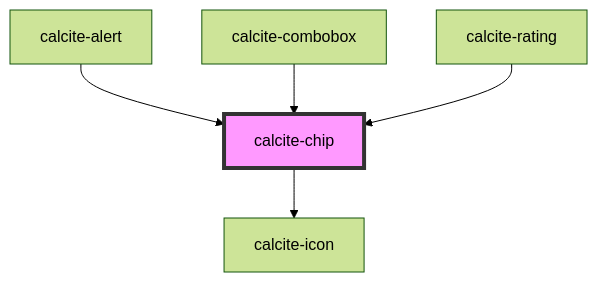
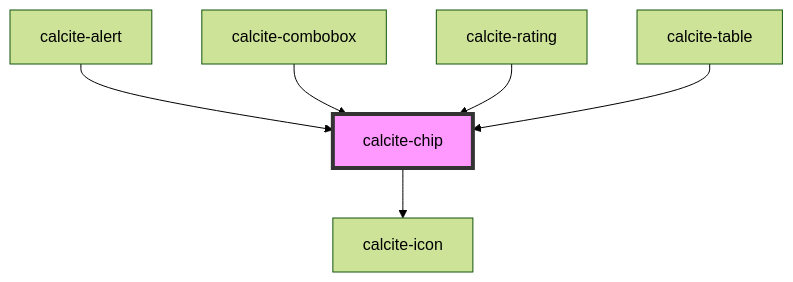
One commit to vikivakarvc/calcite-design-system changed the diagram in packages/calcite-components/src/components/chip/readme.md. Above: the diagram before and after it, drawn with Mermaid (forest theme). The commit also changed other lines of this file and 91 other files, not shown here.

````diff
--- a/packages/calcite-components/src/components/chip/readme.md
+++ b/packages/calcite-components/src/components/chip/readme.md
@@ -64,8 +69,9 @@
 ```mermaid
 graph TD;
   calcite-chip --> calcite-icon
   calcite-alert --> calcite-chip
   calcite-combobox --> calcite-chip
   calcite-rating --> calcite-chip
+  calcite-table --> calcite-chip
   style calcite-chip fill:#f9f,stroke:#333,stroke-width:4px
 ```
````
